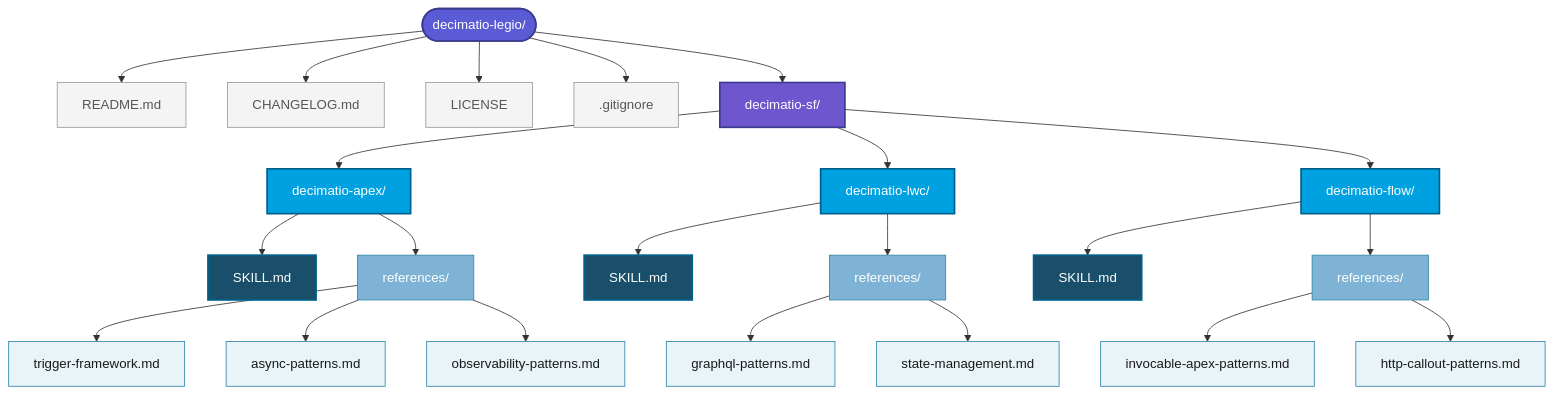
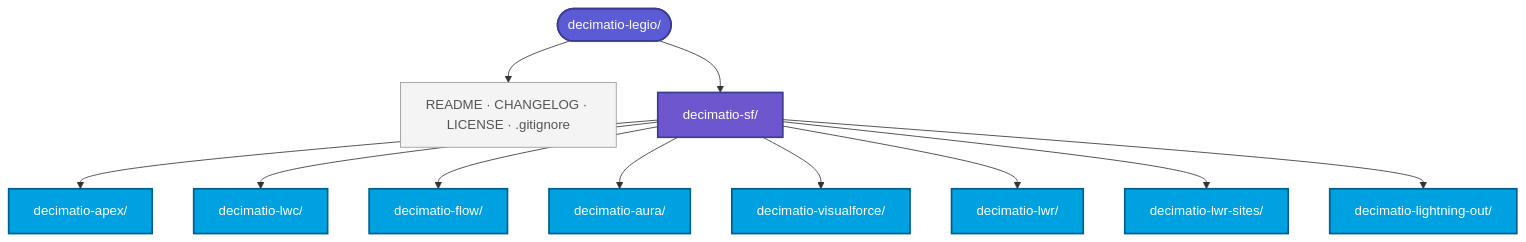
Before and after one commit to Dyarchia/dyarchia-salesforce: the first of 3 diagrams in README.md, drawn with Mermaid. The commit also changed other lines of this file, not shown here.

Commit message:
docs(repo): list the full skill catalogue and simplify the layout diagram
README listed only apex/lwc/flow. Add the five newer skills (aura,
visualforce, lwr, lwr-sites, lightning-out) to the catalogue table and
flatten the repository-layout mermaid to the eight skill folders.

````diff
--- a/README.md
+++ b/README.md
@@ -29,45 +34,25 @@
 ```mermaid
 graph TD
     Root([decimatio-legio/])
-    Root --> README[README.md]
-    Root --> Changelog[CHANGELOG.md]
-    Root --> License[LICENSE]
-    Root --> Gitignore[.gitignore]
+    Root --> Meta["README · CHANGELOG · LICENSE · .gitignore"]
     Root --> SF[decimatio-sf/]
 
     SF --> Apex[decimatio-apex/]
     SF --> LWC[decimatio-lwc/]
     SF --> Flow[decimatio-flow/]
-
-    Apex --> ApexSkill[SKILL.md]
-    Apex --> ApexRefs[references/]
-    ApexRefs --> R1[trigger-framework.md]
-    ApexRefs --> R2[async-patterns.md]
-    ApexRefs --> R3[observability-patterns.md]
-
-    LWC --> LWCSkill[SKILL.md]
-    LWC --> LWCRefs[references/]
-    LWCRefs --> R4[graphql-patterns.md]
-    LWCRefs --> R5[state-management.md]
-
-    Flow --> FlowSkill[SKILL.md]
-    Flow --> FlowRefs[references/]
-    FlowRefs --> R6[invocable-apex-patterns.md]
-    FlowRefs --> R7[http-callout-patterns.md]
+    SF --> Aura[decimatio-aura/]
+    SF --> VF[decimatio-visualforce/]
+    SF --> LWR[decimatio-lwr/]
+    SF --> LWRS[decimatio-lwr-sites/]
+    SF --> LO[decimatio-lightning-out/]
 
     classDef root fill:#5B5BD6,stroke:#3B3B8F,color:#fff,stroke-width:2px
     classDef domainFolder fill:#6E56CF,stroke:#3B3B8F,color:#fff,stroke-width:2px
     classDef skillFolder fill:#00A1E0,stroke:#005F8A,color:#fff,stroke-width:2px
-    classDef skillFile fill:#1a4f6b,stroke:#005F8A,color:#fff,stroke-width:2px
-    classDef refsFolder fill:#7FB3D5,stroke:#2E86AB,color:#fff
-    classDef refFile fill:#E8F4F8,stroke:#2E86AB,color:#1a1a1a
     classDef meta fill:#F4F4F4,stroke:#999,color:#555
 
     class Root root
     class SF domainFolder
-    class Apex,LWC,Flow skillFolder
-    class ApexSkill,LWCSkill,FlowSkill skillFile
-    class ApexRefs,LWCRefs,FlowRefs refsFolder
-    class R1,R2,R3,R4,R5,R6,R7 refFile
-    class README,Changelog,License,Gitignore meta
+    class Apex,LWC,Flow,Aura,VF,LWR,LWRS,LO skillFolder
+    class Meta meta
 ```
````
